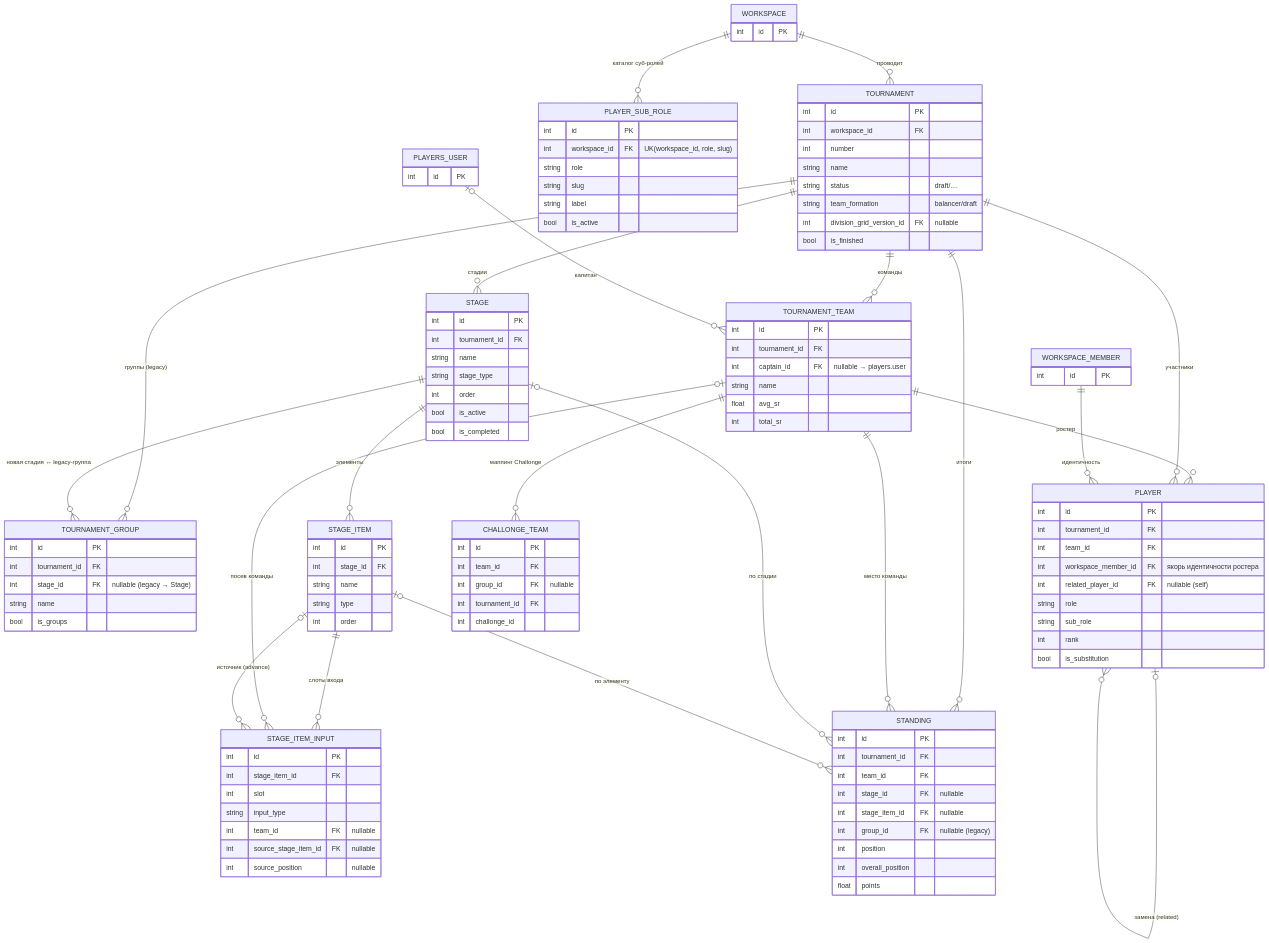
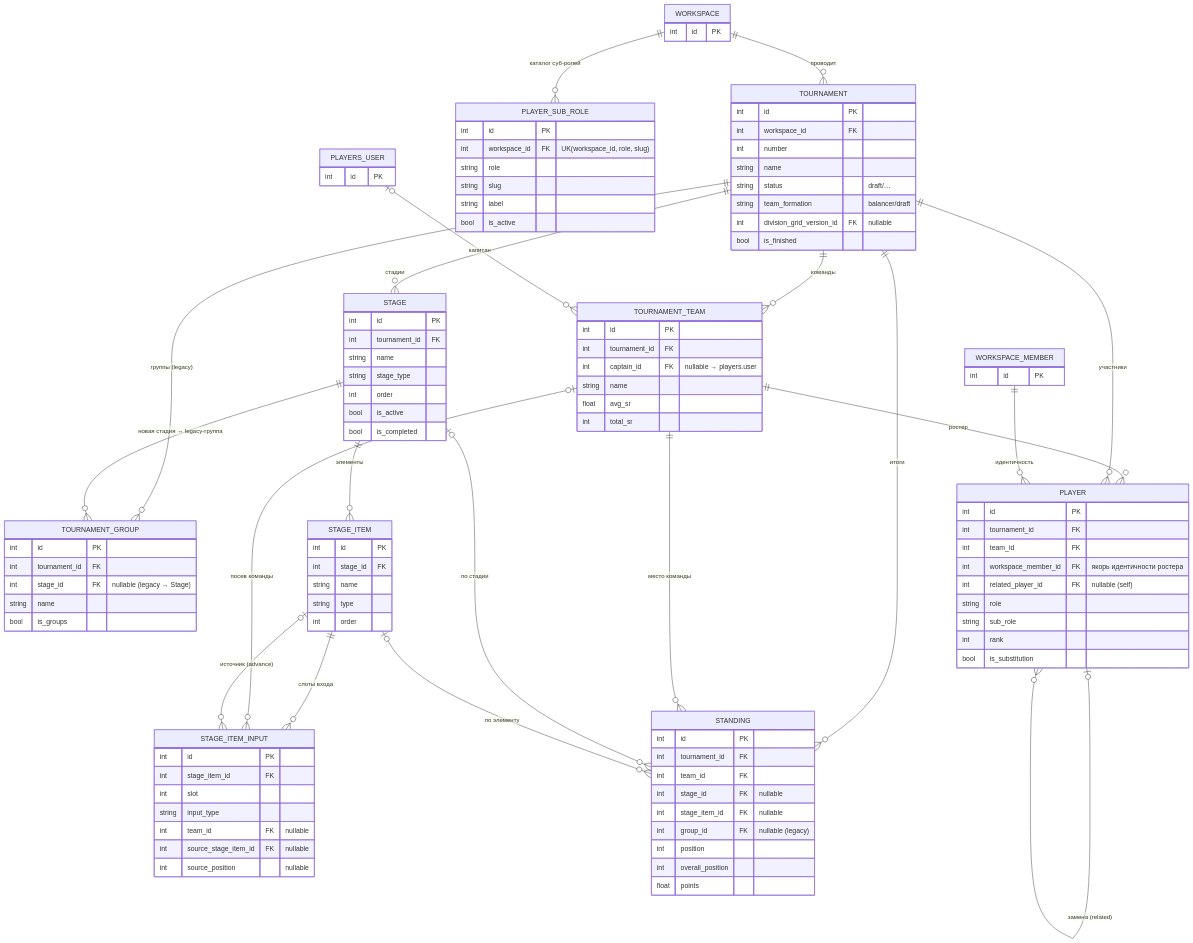
Before and after one commit to CraazzzyyFoxx/overwatch-tournaments: the fifth of 13 diagrams in docs/database_erd.md, drawn with Mermaid. The commit also changed other lines of this file and 1 other file, not shown here.

First line of the commit message:
docs(erd): update DB schema ERD to final state (dbarch06)

```diff
--- a/docs/database_erd.md
+++ b/docs/database_erd.md
@@ -429,13 +458,6 @@
         string label
         bool is_active
     }
-    CHALLONGE_TEAM {
-        int id PK
-        int team_id FK
-        int group_id FK "nullable"
-        int tournament_id FK
-        int challonge_id
-    }
     STANDING {
         int id PK
         int tournament_id FK
@@ -472,7 +494,6 @@
     WORKSPACE_MEMBER ||--o{ PLAYER : "идентичность"
     PLAYER |o--o{ PLAYER : "замена (related)"
     WORKSPACE ||--o{ PLAYER_SUB_ROLE : "каталог суб-ролей"
-    TOURNAMENT_TEAM ||--o{ CHALLONGE_TEAM : "маппинг Challonge"
     TOURNAMENT ||--o{ STANDING : "итоги"
     TOURNAMENT_TEAM ||--o{ STANDING : "место команды"
     STAGE |o--o{ STANDING : "по стадии"
```
